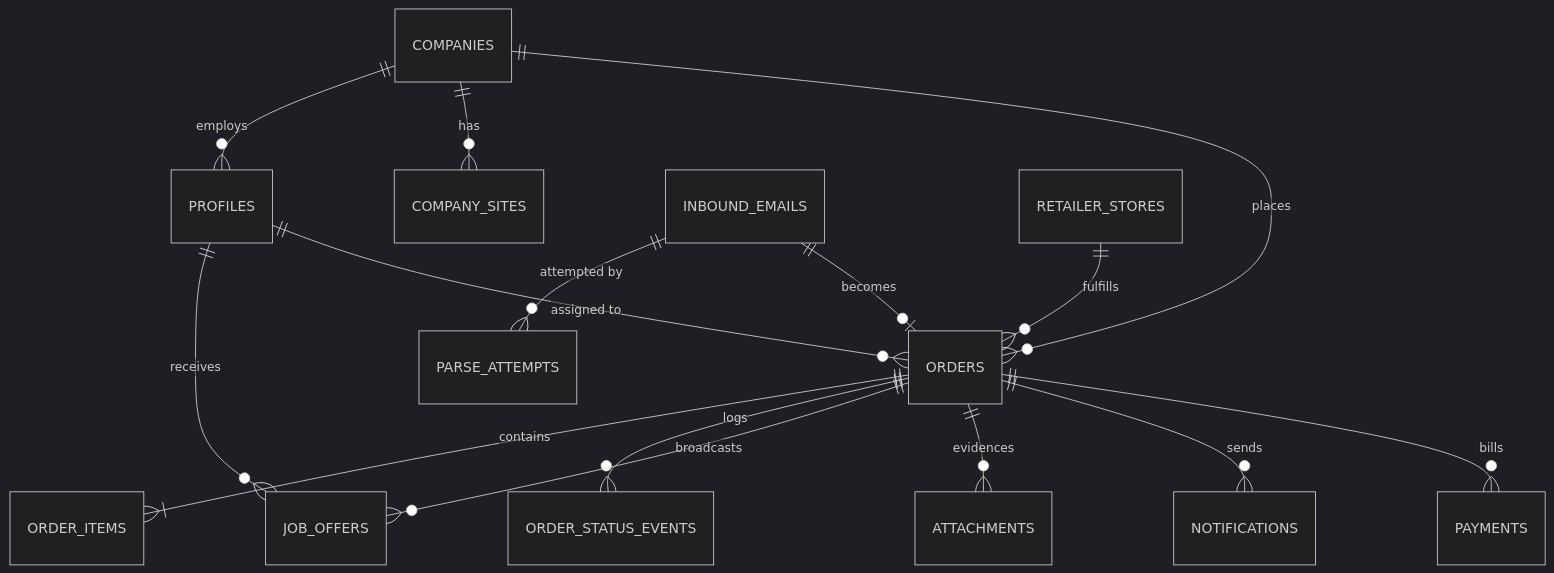
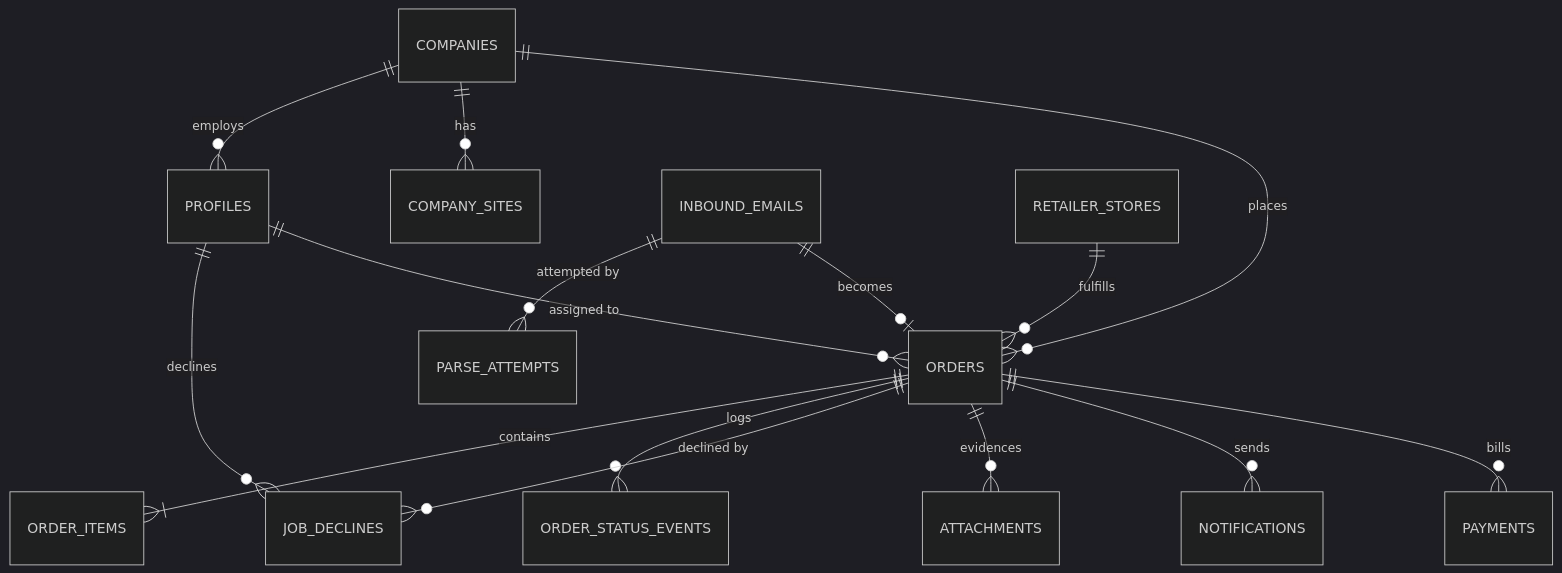
One commit to apalumbi/DeliveryApp changed the diagram in docs/architecture/03-data-model.md. Above: the diagram before and after it, drawn with Mermaid (dark theme). The commit also changed other lines of this file and 22 other files, not shown here.

````diff
--- a/docs/architecture/03-data-model.md
+++ b/docs/architecture/03-data-model.md
@@ -29,17 +29,17 @@
 ```mermaid
 erDiagram
     COMPANIES ||--o{ PROFILES : employs
     COMPANIES ||--o{ COMPANY_SITES : has
     COMPANIES ||--o{ ORDERS : places
     INBOUND_EMAILS ||--o{ PARSE_ATTEMPTS : "attempted by"
     INBOUND_EMAILS ||--o| ORDERS : becomes
     RETAILER_STORES ||--o{ ORDERS : fulfills
     ORDERS ||--|{ ORDER_ITEMS : contains
     ORDERS ||--o{ ORDER_STATUS_EVENTS : logs
-    ORDERS ||--o{ JOB_OFFERS : broadcasts
+    ORDERS ||--o{ JOB_DECLINES : "declined by"
     ORDERS ||--o{ ATTACHMENTS : evidences
     ORDERS ||--o{ NOTIFICATIONS : sends
     ORDERS ||--o{ PAYMENTS : bills
-    PROFILES ||--o{ JOB_OFFERS : receives
+    PROFILES ||--o{ JOB_DECLINES : declines
     PROFILES ||--o{ ORDERS : "assigned to"
 ```
````
